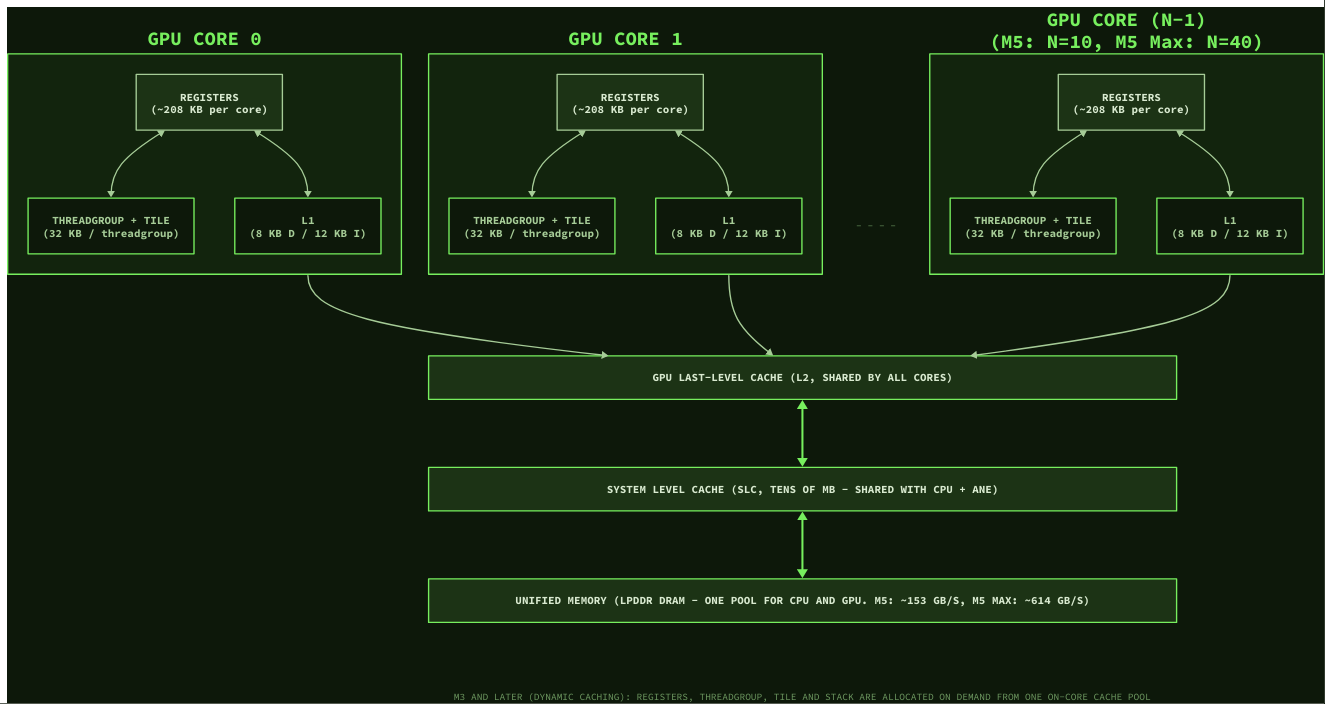
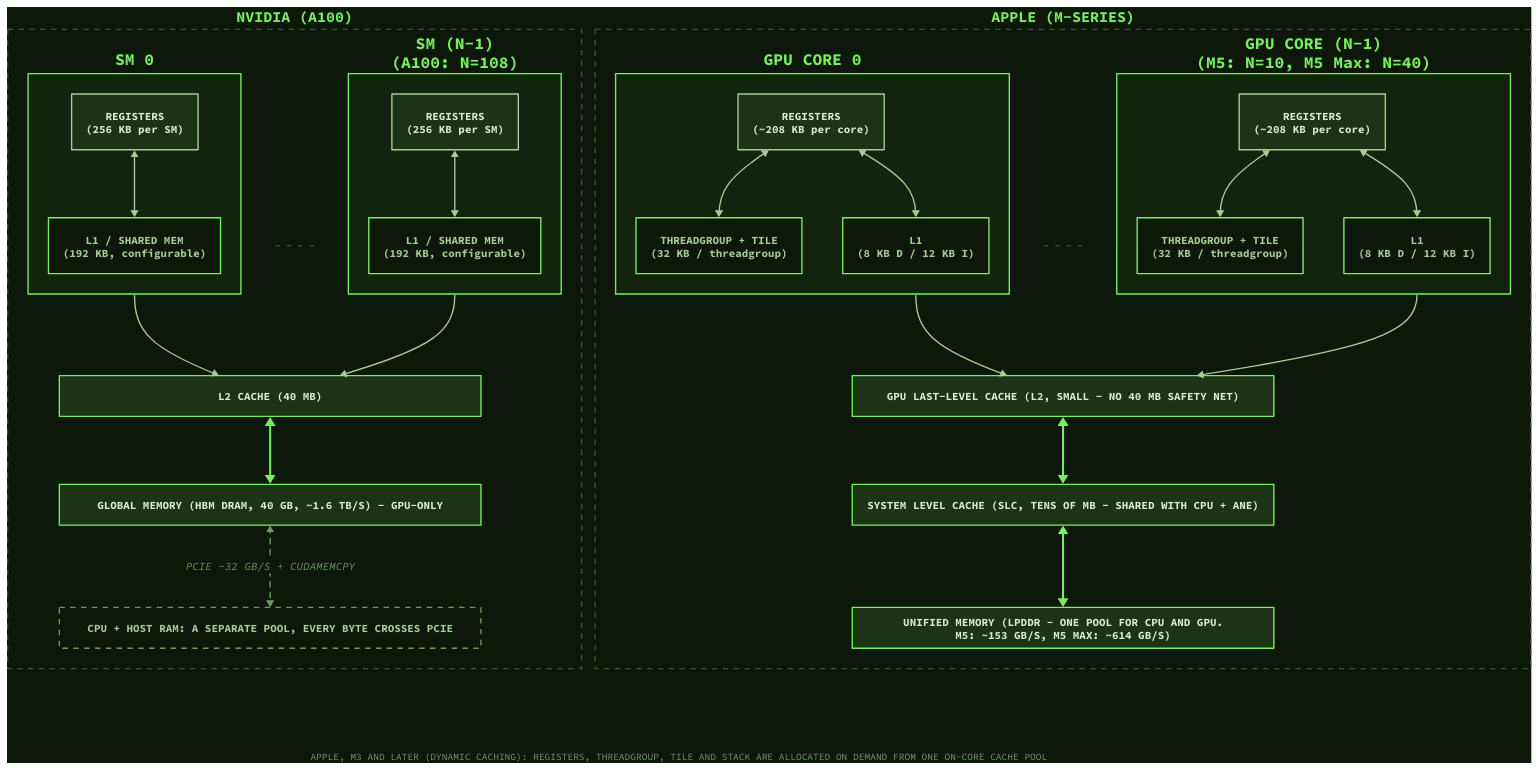
The diagram in memory-hierarchy.d2 (Exorust/metalworking), drawn with D2 before and after one commit. The commit also changed 3 other files, not shown here.

First line of the commit message:
Memory-hierarchy diagram becomes an NVIDIA vs Apple comparison

```diff
--- a/memory-hierarchy.d2
+++ b/memory-hierarchy.d2
@@ -1,122 +1,173 @@
 vars: {
   d2-config: {
     pad: 24
   }
 }
 
 direction: down
 style.fill: "#0d180a"
 
 classes: {
+  panel: {
+    style: {
+      fill: "transparent"
+      stroke: "#3a5232"
+      stroke-dash: 4
+      font-color: "#77ef5e"
+      font: mono
+      bold: true
+      font-size: 22
+    }
+  }
   core: {
     style: {
       fill: "#12240d"
       stroke: "#77ef5e"
       font-color: "#77ef5e"
       stroke-width: 2
       font: mono
       bold: true
     }
   }
   regs: {
     style: {
       fill: "#1c3315"
       stroke: "#a6cc97"
       font-color: "#d9ead0"
       font: mono
     }
   }
   mem: {
     style: {
       fill: "#0d180a"
       stroke: "#77ef5e"
       font-color: "#a6cc97"
       font: mono
     }
   }
   bar: {
     style: {
       fill: "#1c3315"
       stroke: "#77ef5e"
       font-color: "#d9ead0"
       stroke-width: 2
       font: mono
       bold: true
     }
-    width: 1100
-    height: 64
+    width: 620
+    height: 60
   }
-  cpu: {
+  far: {
     style: {
       fill: "#0d180a"
-      stroke: "#a6cc97"
+      stroke: "#6f9a62"
+      stroke-dash: 4
       font-color: "#a6cc97"
-      stroke-width: 2
       font: mono
       bold: true
     }
+    width: 620
+    height: 60
   }
   note: {
     shape: text
     style: {
       font-color: "#6f9a62"
       font: mono
       font-size: 14
     }
   }
   wire: {
     style: {
       stroke: "#a6cc97"
       stroke-width: 2
+      font-color: "#a6cc97"
+      font: mono
     }
   }
   fat: {
     style: {
       stroke: "#77ef5e"
       stroke-width: 3
+      font-color: "#a6cc97"
+      font: mono
+    }
+  }
+  slow: {
+    style: {
+      stroke: "#6f9a62"
+      stroke-dash: 4
+      stroke-width: 2
+      font-color: "#6f9a62"
+      font: mono
     }
   }
   ghost: {
     style.opacity: 0
   }
 }
 
-core0: "GPU CORE 0" {
-  class: core
-  regs: "REGISTERS\n(~208 KB per core)" { class: regs }
-  smem: "THREADGROUP + TILE\n(32 KB / threadgroup)" { class: mem }
-  l1: "L1\n(8 KB D / 12 KB I)" { class: mem }
-  regs <-> smem: { class: wire }
-  regs <-> l1: { class: wire }
-}
-core1: "GPU CORE 1" {
-  class: core
-  regs: "REGISTERS\n(~208 KB per core)" { class: regs }
-  smem: "THREADGROUP + TILE\n(32 KB / threadgroup)" { class: mem }
-  l1: "L1\n(8 KB D / 12 KB I)" { class: mem }
-  regs <-> smem: { class: wire }
-  regs <-> l1: { class: wire }
-}
-dots: "- - - -" { class: note }
-coreN: "GPU CORE (N-1)\n(M5: N=10, M5 Max: N=40)" {
-  class: core
-  regs: "REGISTERS\n(~208 KB per core)" { class: regs }
-  smem: "THREADGROUP + TILE\n(32 KB / threadgroup)" { class: mem }
-  l1: "L1\n(8 KB D / 12 KB I)" { class: mem }
-  regs <-> smem: { class: wire }
-  regs <-> l1: { class: wire }
+nv: "NVIDIA (A100)" {
+  class: panel
+
+  sm0: "SM 0" {
+    class: core
+    regs: "REGISTERS\n(256 KB per SM)" { class: regs }
+    smem: "L1 / SHARED MEM\n(192 KB, configurable)" { class: mem }
+    regs <-> smem: { class: wire }
+  }
+  dots: "- - - -" { class: note }
+  smN: "SM (N-1)\n(A100: N=108)" {
+    class: core
+    regs: "REGISTERS\n(256 KB per SM)" { class: regs }
+    smem: "L1 / SHARED MEM\n(192 KB, configurable)" { class: mem }
+    regs <-> smem: { class: wire }
+  }
+
+  l2: "L2 CACHE (40 MB)" { class: bar }
+  dram: "GLOBAL MEMORY (HBM DRAM, 40 GB, ~1.6 TB/S) - GPU-ONLY" { class: bar }
+  host: "CPU + HOST RAM: A SEPARATE POOL, EVERY BYTE CROSSES PCIE" { class: far }
+
+  sm0 -> l2: { class: wire }
+  dots -> l2: { class: ghost }
+  smN -> l2: { class: wire }
+  l2 <-> dram: { class: fat }
+  dram <-> host: "PCIE ~32 GB/S + CUDAMEMCPY" { class: slow }
 }
 
-dyn: "M3 AND LATER (DYNAMIC CACHING): REGISTERS, THREADGROUP, TILE AND STACK ARE ALLOCATED ON DEMAND FROM ONE ON-CORE CACHE POOL" { class: note }
+ap: "APPLE (M-SERIES)" {
+  class: panel
 
-l2: "GPU LAST-LEVEL CACHE (L2, SHARED BY ALL CORES)" { class: bar }
-slc: "SYSTEM LEVEL CACHE (SLC, TENS OF MB - SHARED WITH CPU + ANE)" { class: bar }
-dram: "UNIFIED MEMORY (LPDDR DRAM - ONE POOL FOR CPU AND GPU. M5: ~153 GB/S, M5 MAX: ~614 GB/S)" { class: bar }
+  core0: "GPU CORE 0" {
+    class: core
+    regs: "REGISTERS\n(~208 KB per core)" { class: regs }
+    smem: "THREADGROUP + TILE\n(32 KB / threadgroup)" { class: mem }
+    l1: "L1\n(8 KB D / 12 KB I)" { class: mem }
+    regs <-> smem: { class: wire }
+    regs <-> l1: { class: wire }
+  }
+  dots: "- - - -" { class: note }
+  coreN: "GPU CORE (N-1)\n(M5: N=10, M5 Max: N=40)" {
+    class: core
+    regs: "REGISTERS\n(~208 KB per core)" { class: regs }
+    smem: "THREADGROUP + TILE\n(32 KB / threadgroup)" { class: mem }
+    l1: "L1\n(8 KB D / 12 KB I)" { class: mem }
+    regs <-> smem: { class: wire }
+    regs <-> l1: { class: wire }
+  }
 
-core0 -> l2: { class: wire }
-core1 -> l2: { class: wire }
-dots -> l2: { class: ghost }
-coreN -> l2: { class: wire }
-l2 <-> slc: { class: fat }
-slc <-> dram: { class: fat }
-dram -> dyn: { class: ghost }
+  l2: "GPU LAST-LEVEL CACHE (L2, SMALL - NO 40 MB SAFETY NET)" { class: bar }
+  slc: "SYSTEM LEVEL CACHE (SLC, TENS OF MB - SHARED WITH CPU + ANE)" { class: bar }
+  dram: "UNIFIED MEMORY (LPDDR - ONE POOL FOR CPU AND GPU.\nM5: ~153 GB/S, M5 MAX: ~614 GB/S)" { class: bar }
+
+  core0 -> l2: { class: wire }
+  dots -> l2: { class: ghost }
+  coreN -> l2: { class: wire }
+  l2 <-> slc: { class: fat }
+  slc <-> dram: { class: fat }
+}
+
+dyn: "APPLE, M3 AND LATER (DYNAMIC CACHING): REGISTERS, THREADGROUP, TILE AND STACK ARE ALLOCATED ON DEMAND FROM ONE ON-CORE CACHE POOL" { class: note }
+
+nv.host -> dyn: { class: ghost }
+ap.dram -> dyn: { class: ghost }
```
